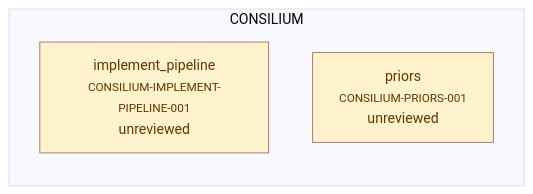
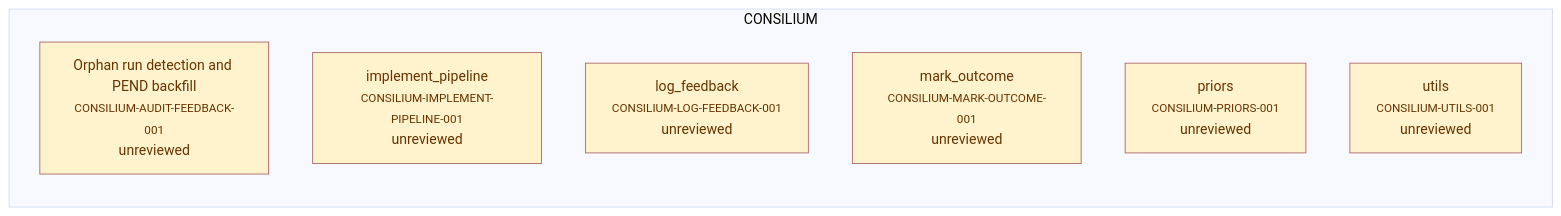
Before and after one commit to alxmax/Consilium: the fourth of 4 diagrams in requirements/_map.md, drawn with Mermaid (base theme). The commit also changed other lines of this file and 19 other files, not shown here.

````diff
--- a/requirements/_map.md
+++ b/requirements/_map.md
@@ -222,9 +222,17 @@
 ```mermaid
 graph LR
   subgraph sg_CONSILIUM["CONSILIUM"]
+    CONSILIUM_AUDIT_FEEDBACK_001["Orphan run detection and PEND backfill<br><small>CONSILIUM-AUDIT-FEEDBACK-001</small><br>unreviewed"]
     CONSILIUM_IMPLEMENT_PIPELINE_001["implement_pipeline<br><small>CONSILIUM-IMPLEMENT-PIPELINE-001</small><br>unreviewed"]
+    CONSILIUM_LOG_FEEDBACK_001["log_feedback<br><small>CONSILIUM-LOG-FEEDBACK-001</small><br>unreviewed"]
+    CONSILIUM_MARK_OUTCOME_001["mark_outcome<br><small>CONSILIUM-MARK-OUTCOME-001</small><br>unreviewed"]
     CONSILIUM_PRIORS_001["priors<br><small>CONSILIUM-PRIORS-001</small><br>unreviewed"]
+    CONSILIUM_UTILS_001["utils<br><small>CONSILIUM-UTILS-001</small><br>unreviewed"]
   end
+  style CONSILIUM_AUDIT_FEEDBACK_001 fill:#fff3cd,stroke:#a66,color:#630
   style CONSILIUM_IMPLEMENT_PIPELINE_001 fill:#fff3cd,stroke:#a66,color:#630
+  style CONSILIUM_LOG_FEEDBACK_001 fill:#fff3cd,stroke:#a66,color:#630
+  style CONSILIUM_MARK_OUTCOME_001 fill:#fff3cd,stroke:#a66,color:#630
   style CONSILIUM_PRIORS_001 fill:#fff3cd,stroke:#a66,color:#630
+  style CONSILIUM_UTILS_001 fill:#fff3cd,stroke:#a66,color:#630
 ```
````
